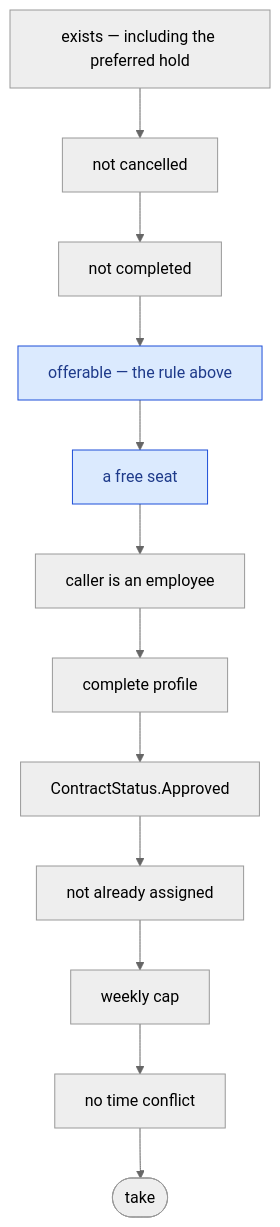
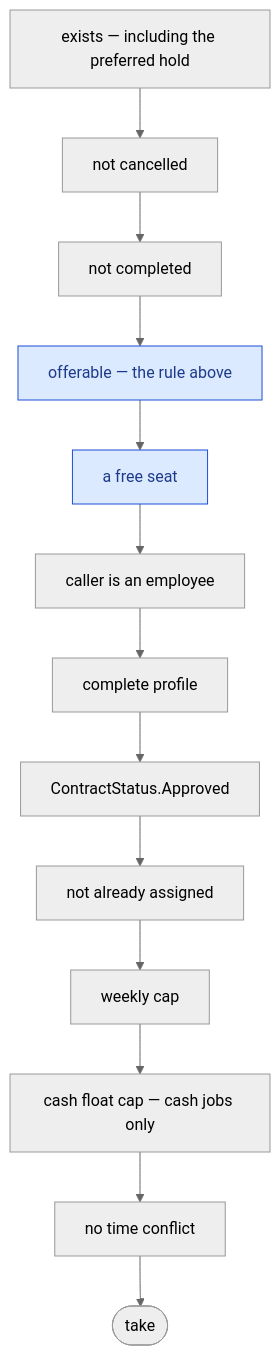
Before and after one commit to VM-s-Solutions/cleansia: the diagram in docs/domain/offerability.md, drawn with Mermaid (neutral theme). The commit also changed other lines of this file and 18 other files, not shown here.

````diff
--- a/docs/domain/offerability.md
+++ b/docs/domain/offerability.md
@@ -94,17 +94,18 @@
 ```mermaid
 flowchart TB
   A["exists — including the preferred hold"] --> B["not cancelled"]
   B --> C["not completed"]
   C --> D["offerable — the rule above"]
   D --> E["a free seat"]
   E --> F["caller is an employee"]
   F --> G["complete profile"]
   G --> H["ContractStatus.Approved"]
   H --> I["not already assigned"]
   I --> J["weekly cap"]
-  J --> K["no time conflict"]
+  J --> JC["cash float cap — cash jobs only"]
+  JC --> K["no time conflict"]
   K --> L(["take"])
 
   classDef gate fill:#dbeafe,stroke:#1d4ed8,color:#1e3a8a
   class D,E gate
 ```
````
